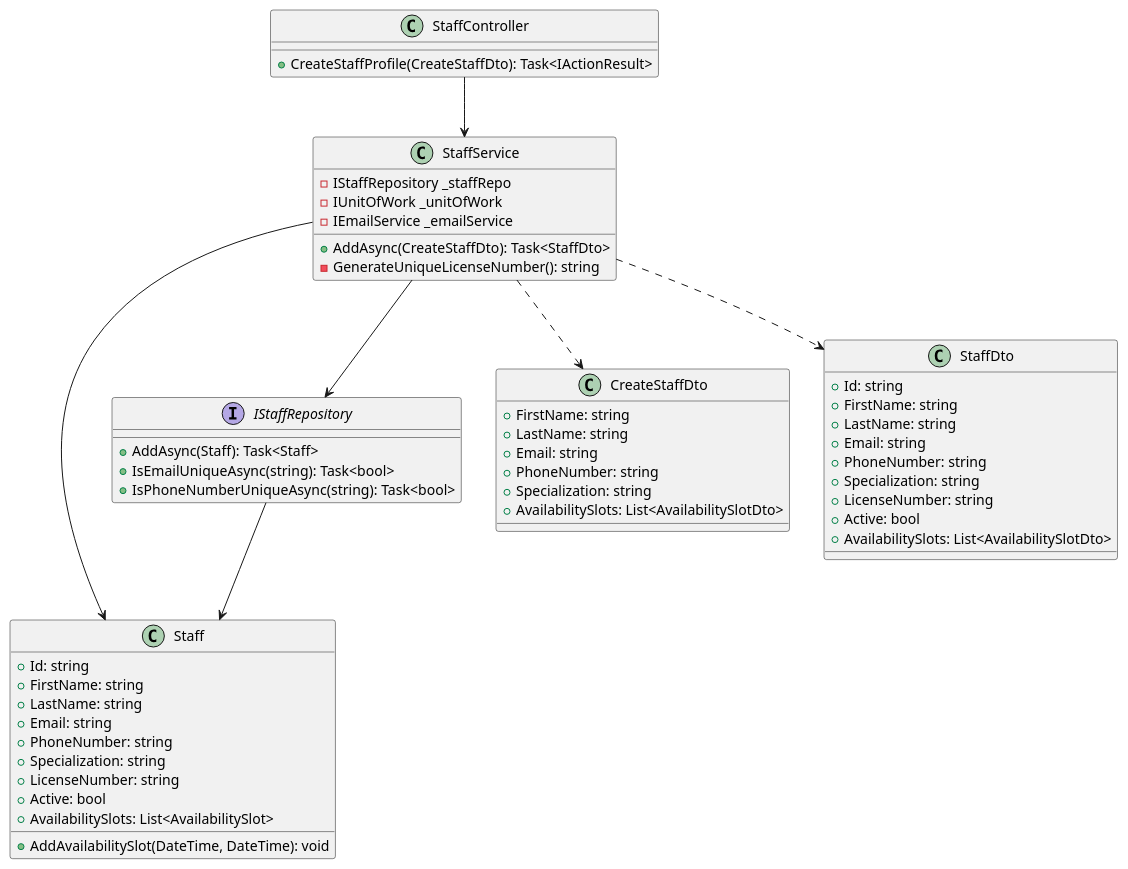
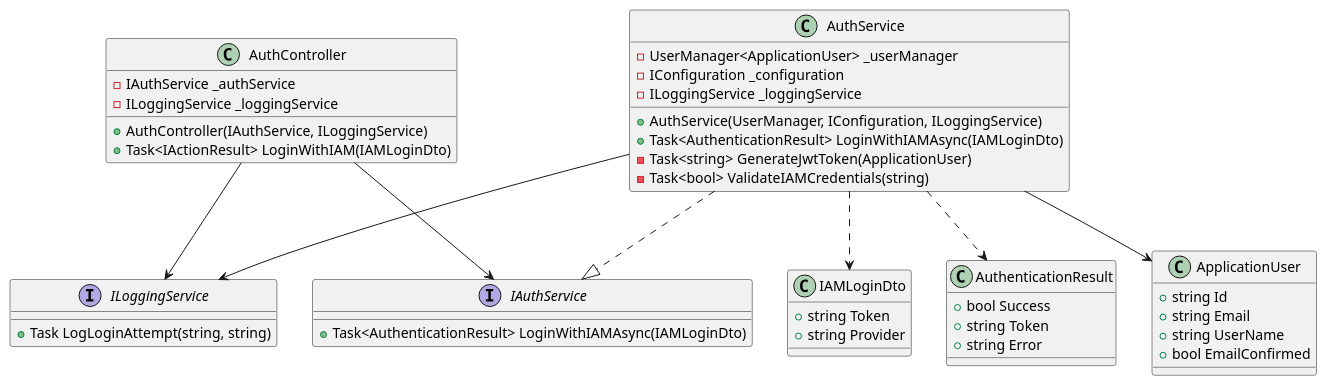
Before and after one commit to HugBar/3DC_G17: the diagram in docs/Sprint1/US 5.1.7/02.design/puml/class_diagram.puml, drawn with PlantUML. The commit also changed 6707 other files, not shown here.

```diff
--- a/docs/Sprint1/US 5.1.7/02.design/puml/class_diagram.puml
+++ b/docs/Sprint1/US 5.1.7/02.design/puml/class_diagram.puml
@@ -1,60 +1,52 @@
 @startuml
-class StaffController {
-  +CreateStaffProfile(CreateStaffDto): Task<IActionResult>
+class AuthController {
+  -IAuthService _authService
+  -ILoggingService _loggingService
+  +AuthController(IAuthService, ILoggingService)
+  +Task<IActionResult> LoginWithIAM(IAMLoginDto)
 }
 
-class StaffService {
-  -IStaffRepository _staffRepo
-  -IUnitOfWork _unitOfWork
-  -IEmailService _emailService
-  +AddAsync(CreateStaffDto): Task<StaffDto>
-  -GenerateUniqueLicenseNumber(): string
+class AuthService {
+  -UserManager<ApplicationUser> _userManager
+  -IConfiguration _configuration
+  -ILoggingService _loggingService
+  +AuthService(UserManager, IConfiguration, ILoggingService)
+  +Task<AuthenticationResult> LoginWithIAMAsync(IAMLoginDto)
+  -Task<string> GenerateJwtToken(ApplicationUser)
+  -Task<bool> ValidateIAMCredentials(string)
 }
 
-class Staff {
-  +Id: string
-  +FirstName: string
-  +LastName: string
-  +Email: string
-  +PhoneNumber: string
-  +Specialization: string
-  +LicenseNumber: string
-  +Active: bool
-  +AvailabilitySlots: List<AvailabilitySlot>
-  +AddAvailabilitySlot(DateTime, DateTime): void
+class IAMLoginDto {
+  +string Token
+  +string Provider
 }
 
-interface IStaffRepository {
-  +AddAsync(Staff): Task<Staff>
-  +IsEmailUniqueAsync(string): Task<bool>
-  +IsPhoneNumberUniqueAsync(string): Task<bool>
+class AuthenticationResult {
+  +bool Success
+  +string Token
+  +string Error
 }
 
-class CreateStaffDto {
-  +FirstName: string
-  +LastName: string
-  +Email: string
-  +PhoneNumber: string
-  +Specialization: string
-  +AvailabilitySlots: List<AvailabilitySlotDto>
+class ApplicationUser {
+  +string Id
+  +string Email
+  +string UserName
+  +bool EmailConfirmed
 }
 
-class StaffDto {
-  +Id: string
-  +FirstName: string
-  +LastName: string
-  +Email: string
-  +PhoneNumber: string
-  +Specialization: string
-  +LicenseNumber: string
-  +Active: bool
-  +AvailabilitySlots: List<AvailabilitySlotDto>
+interface IAuthService {
+  +Task<AuthenticationResult> LoginWithIAMAsync(IAMLoginDto)
 }
 
-StaffController --> StaffService
-StaffService --> IStaffRepository
-StaffService --> Staff
-IStaffRepository --> Staff
-StaffService ..> CreateStaffDto
-StaffService ..> StaffDto
+interface ILoggingService {
+  +Task LogLoginAttempt(string, string)
+}
+
+AuthController --> IAuthService
+AuthController --> ILoggingService
+AuthService ..|> IAuthService
+AuthService --> ILoggingService
+AuthService --> ApplicationUser
+AuthService ..> IAMLoginDto
+AuthService ..> AuthenticationResult
 @enduml
```
